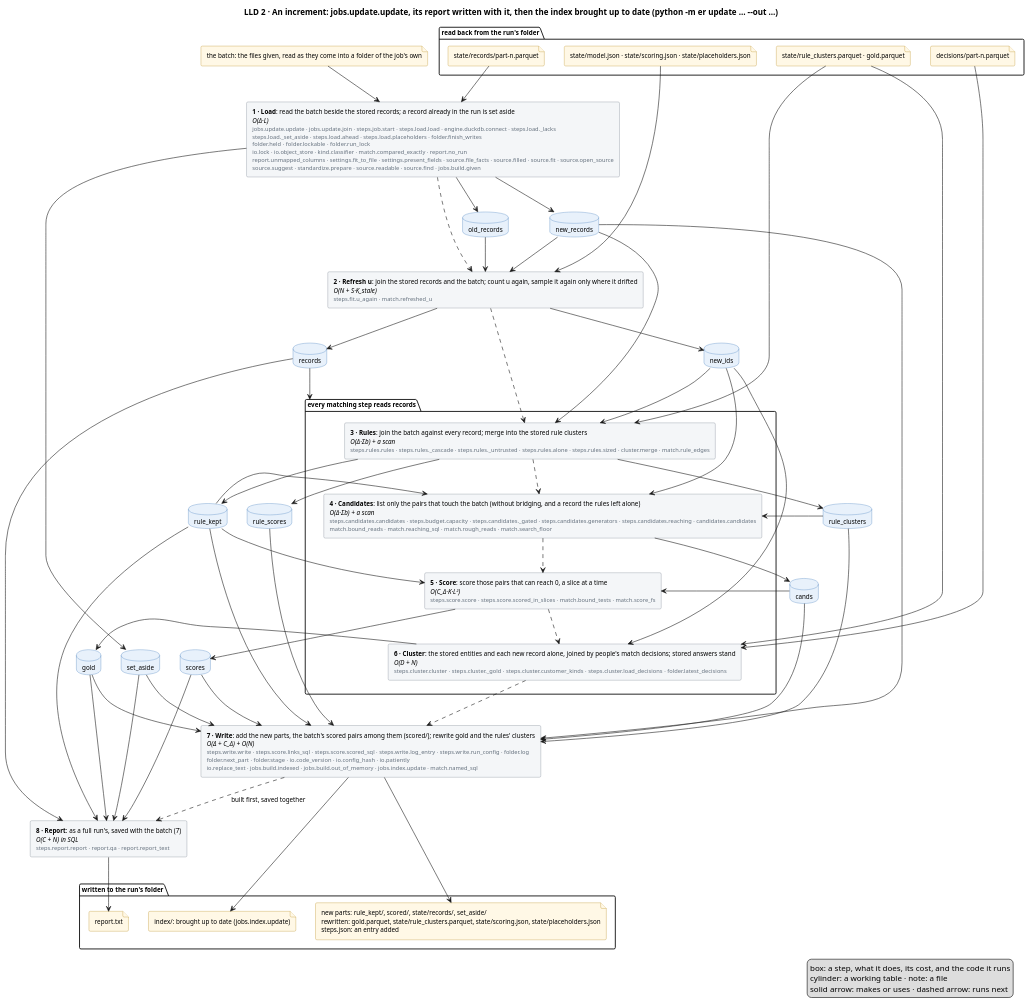
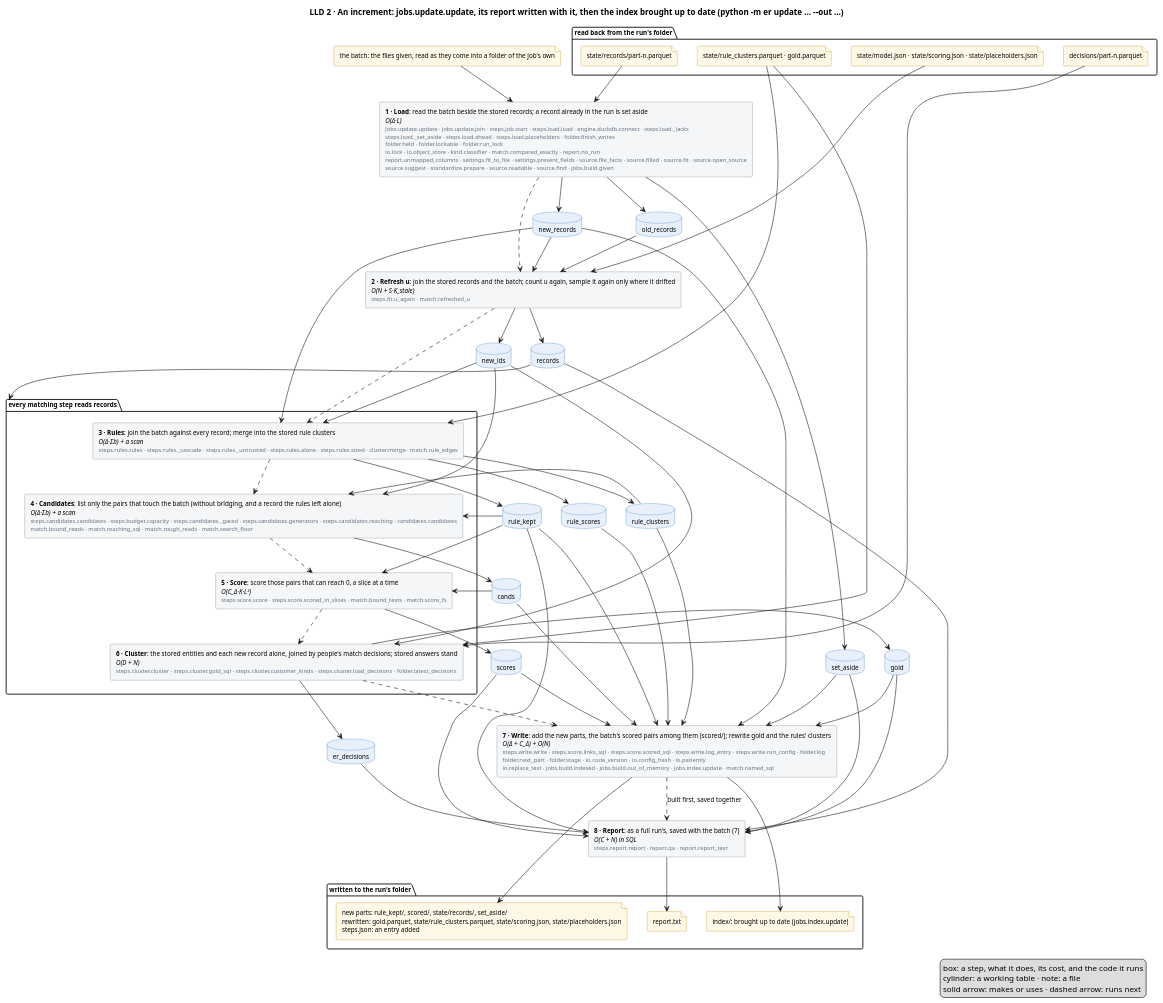
One commit to mvsbm/entity_matching changed the diagram in docs/diagrams/increment.puml. Above: the diagram before and after it, drawn with PlantUML. The commit also changed 23 other files, not shown here.

```diff
--- a/docs/diagrams/increment.puml
+++ b/docs/diagrams/increment.puml
@@ -1,113 +1,116 @@
 @startuml increment
 title LLD 2 · An increment: jobs.update.update, its report written with it, then the index brought up to date (python -m er update … ~--out …)
 skinparam defaultFontSize 11
 skinparam rectangle {
   BackgroundColor #F4F6F8
   BorderColor #65717E
 }
 skinparam database {
   BackgroundColor #E8F1FB
   BorderColor #2C6DB3
 }
 skinparam file {
   BackgroundColor #FFF8E6
   BorderColor #B07D00
 }
 
 package "read back from the run's folder" {
   file "state/model.json · state/scoring.json · state/placeholders.json" as f_model
   file "state/records/part-n.parquet" as f_records
   file "state/rule_clusters.parquet · gold.parquet" as f_clusters
   file "decisions/part-n.parquet" as f_sheet
 }
 file "the batch: the files given, read as they come into a folder of the job's own" as f_batch
 
 
 rectangle "<b>1 · Load</b>: read the batch beside the stored records; a record already in the run is set aside\n<i>O(Δ·L)</i>\n<size:10><color:#65717E>jobs.update.update · jobs.update.join · steps.job.start · steps.load.load · engine.duckdb.connect · steps.load._lacks</color></size>\n<size:10><color:#65717E>steps.load._set_aside · steps.load.ahead · steps.load.placeholders · folder.finish_writes</color></size>\n<size:10><color:#65717E>folder.held · folder.lockable · folder.run_lock</color></size>\n<size:10><color:#65717E>io.lock · io.object_store · kind.classifier · match.compared_exactly · report.no_run</color></size>\n<size:10><color:#65717E>report.unmapped_columns · settings.fit_to_file · settings.present_fields · source.file_facts · source.filled · source.fit · source.open_source</color></size>\n<size:10><color:#65717E>source.suggest · standardize.prepare · source.readable · source.find · jobs.build.given</color></size>" as load
 rectangle "<b>2 · Refresh u</b>: join the stored records and the batch; count u again, sample it again only where it drifted\n<i>O(N + S·K_stale)</i>\n<size:10><color:#65717E>steps.fit.u_again · match.refreshed_u</color></size>" as fit
 package "every matching step reads records" as matching {
   rectangle "<b>3 · Rules</b>: join the batch against every record; merge into the stored rule clusters\n<i>O(Δ·Σb) + a scan</i>\n<size:10><color:#65717E>steps.rules.rules · steps.rules._cascade · steps.rules._untrusted · steps.rules.alone · steps.rules.sized · cluster.merge · match.rule_edges</color></size>" as rules
   rectangle "<b>4 · Candidates</b>: list only the pairs that touch the batch (without bridging, and a record the rules left alone)\n<i>O(Δ·Σb) + a scan</i>\n<size:10><color:#65717E>steps.candidates.candidates · steps.budget.capacity · steps.candidates._gated · steps.candidates.generators · steps.candidates.reaching · candidates.candidates</color></size>\n<size:10><color:#65717E>match.bound_reads · match.reaching_sql · match.rough_reads · match.search_floor</color></size>" as candidates
   rectangle "<b>5 · Score</b>: score those pairs that can reach 0, a slice at a time\n<i>O(C_Δ·K·L²)</i>\n<size:10><color:#65717E>steps.score.score · steps.score.scored_in_slices · match.bound_tests · match.score_fs</color></size>" as score
-  rectangle "<b>6 · Cluster</b>: the stored entities and each new record alone, joined by people's match decisions; stored answers stand\n<i>O(D + N)</i>\n<size:10><color:#65717E>steps.cluster.cluster · steps.cluster._gold · steps.cluster.customer_kinds · steps.cluster.load_decisions · folder.latest_decisions</color></size>" as cluster
+  rectangle "<b>6 · Cluster</b>: the stored entities and each new record alone, joined by people's match decisions; stored answers stand\n<i>O(D + N)</i>\n<size:10><color:#65717E>steps.cluster.cluster · steps.cluster.gold_sql · steps.cluster.customer_kinds · steps.cluster.load_decisions · folder.latest_decisions</color></size>" as cluster
 }
 rectangle "<b>7 · Write</b>: add the new parts, the batch's scored pairs among them (scored/); rewrite gold and the rules' clusters\n<i>O(Δ + C_Δ) + O(N)</i>\n<size:10><color:#65717E>steps.write.write · steps.score.links_sql · steps.score.scored_sql · steps.write.log_entry · steps.write.run_config · folder.log</color></size>\n<size:10><color:#65717E>folder.next_part · folder.stage · io.code_version · io.config_hash · io.patiently</color></size>\n<size:10><color:#65717E>io.replace_text · jobs.build.indexed · jobs.build.out_of_memory · jobs.index.update · match.named_sql</color></size>" as write
 rectangle "<b>8 · Report</b>: as a full run's, saved with the batch (7)\n<i>O(C + N) in SQL</i>\n<size:10><color:#65717E>steps.report.report · report.qa · report.report_text</color></size>" as report
 database "old_records" as old_records
 database "new_records" as new_records
 database "set_aside" as set_aside
 database "records" as records
 database "new_ids" as new_ids
 database "rule_clusters" as rule_clusters
 database "rule_kept" as rule_kept
 database "cands" as cands
 database "scores" as scores
 database "rule_scores" as rule_scores
 database "gold" as gold
+database "er_decisions" as er_decisions
 
 package "written to the run's folder" {
   file "new parts: rule_kept/, scored/, state/records/, set_aside/\nrewritten: gold.parquet, state/rule_clusters.parquet, state/scoring.json, state/placeholders.json\nsteps.json: an entry added" as f_out
   file "report.txt" as f_people
   file "index/: brought up to date (jobs.index.update)" as f_index
 }
 
 f_batch --> load
 f_records --> load
 f_model --> fit
 f_clusters --> rules
 f_clusters --> cluster
 f_sheet --> cluster
 
 load ..> fit
 fit ..> rules
 rules ..> candidates
 candidates ..> score
 score ..> cluster
 cluster ..> write
 write ..> report : built first, saved together
 
 load --> old_records
 load --> new_records
 load --> set_aside
 old_records --> fit
 new_records --> fit
 fit --> records
 fit --> new_ids
 records --> matching
 new_records --> rules
 new_ids --> rules
 rules --> rule_clusters
 rules --> rule_kept
 rules --> rule_scores
 rule_scores --> write
 cands --> write
 scores --> write
 new_ids --> candidates
 candidates --> cands
 cands --> score
 score --> scores
 new_ids --> cluster
 rule_clusters --> candidates
 cluster --> gold
+cluster --> er_decisions
 new_records --> write
 rule_clusters --> write
 rule_kept --> write
 rule_kept --> score
 rule_kept --> candidates
 rule_kept --> report
 gold --> write
 set_aside --> write
 records --> report
 scores --> report
 gold --> report
+er_decisions --> report
 set_aside --> report
 
 write --> f_out
 write --> f_index
 report --> f_people
 legend right
   box: a step, what it does, its cost, and the code it runs
   cylinder: a working table · note: a file
   solid arrow: makes or uses · dashed arrow: runs next
 endlegend
 @enduml
```
